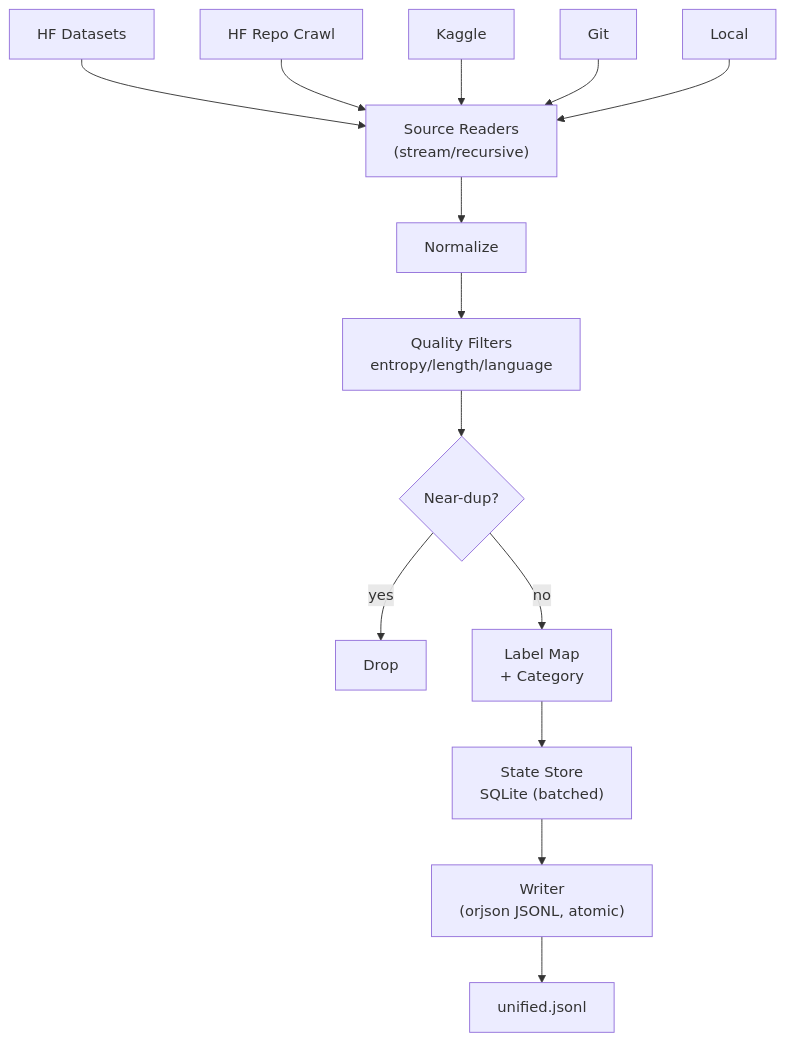
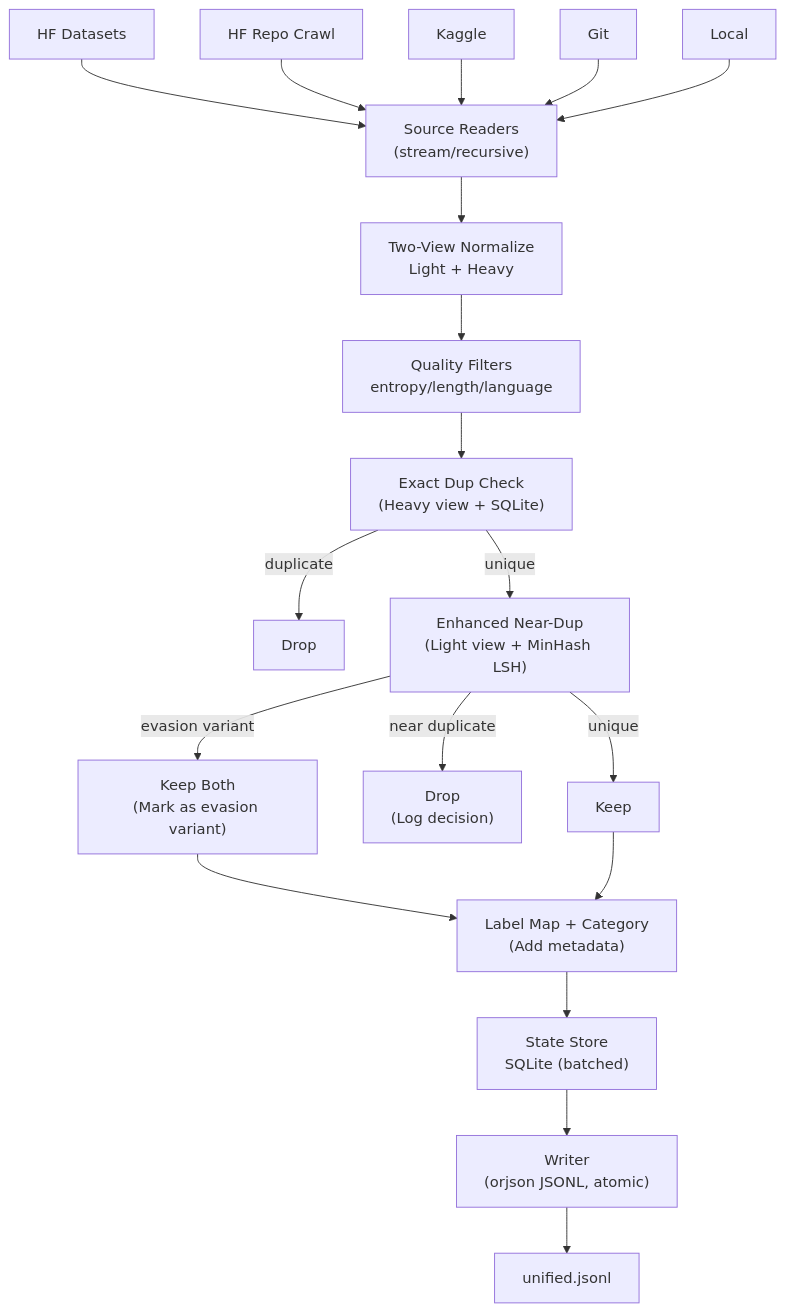
Before and after one commit to raaihank/Ingestor: the diagram in README.md, drawn with Mermaid. The commit also changed other lines of this file and 6 other files, not shown here.

````diff
--- a/README.md
+++ b/README.md
@@ -267,16 +365,21 @@
 ```mermaid
 flowchart TB
   A["HF Datasets"] --> B
   A2["HF Repo Crawl"] --> B
   K["Kaggle"] --> B
   G["Git"] --> B
   L["Local"] --> B
-  B["Source Readers<br/>(stream/recursive)"] --> C["Normalize"]
+  B["Source Readers<br/>(stream/recursive)"] --> C["Two-View Normalize<br/>Light + Heavy"]
   C --> D["Quality Filters<br/>entropy/length/language"]
-  D --> E{"Near-dup?"}
-  E -->|yes| X["Drop"]
-  E -->|no| F["Label Map<br/>+ Category"]
+  D --> E1["Exact Dup Check<br/>(Heavy view + SQLite)"]
+  E1 -->|duplicate| X1["Drop"]
+  E1 -->|unique| E2["Enhanced Near-Dup<br/>(Light view + MinHash LSH)"]
+  E2 -->|evasion variant| K1["Keep Both<br/>(Mark as evasion variant)"]
+  E2 -->|near duplicate| X2["Drop<br/>(Log decision)"]
+  E2 -->|unique| K2["Keep"]
+  K1 --> F["Label Map + Category<br/>(Add metadata)"]
+  K2 --> F
   F --> S["State Store<br/>SQLite (batched)"]
   S --> W["Writer<br/>(orjson JSONL, atomic)"]
   W --> O["unified.jsonl"]
 ```
````
